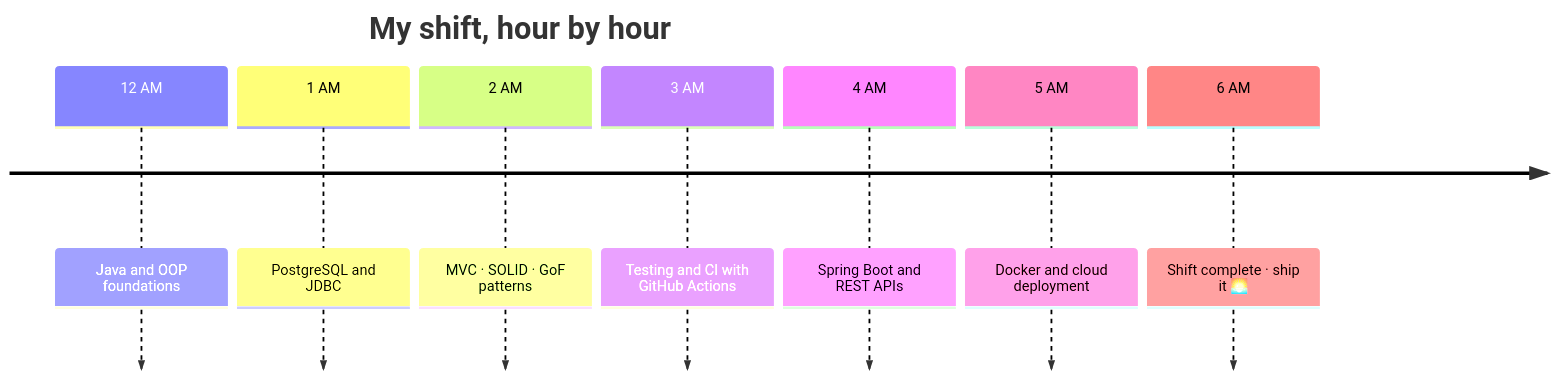
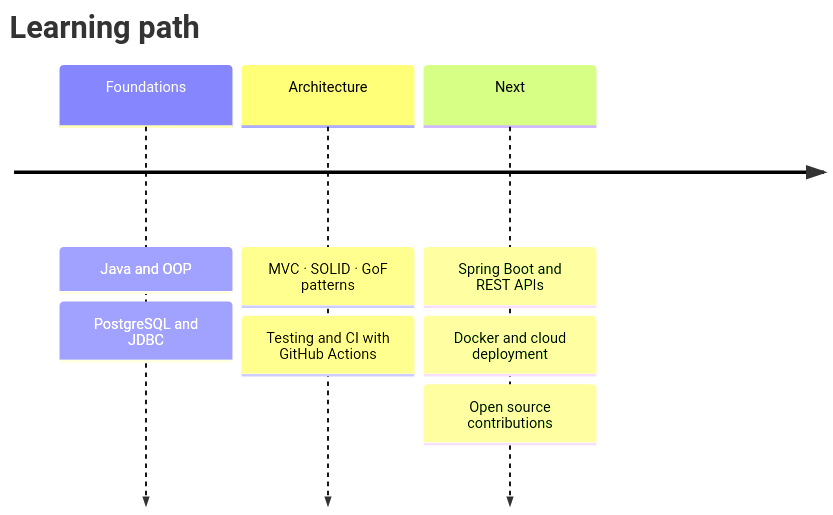
Before and after one commit to Mateosalazar543/Mateosalazar543: the second of 2 diagrams in README.md, drawn with Mermaid. The commit also changed other lines of this file, not shown here.

````diff
--- a/README.md
+++ b/README.md
@@ -208,11 +164,11 @@
 ```mermaid
 timeline
-    title My shift, hour by hour
-    12 AM : Java and OOP foundations
-    1 AM : PostgreSQL and JDBC
-    2 AM : MVC · SOLID · GoF patterns
-    3 AM : Testing and CI with GitHub Actions
-    4 AM : Spring Boot and REST APIs
-    5 AM : Docker and cloud deployment
-    6 AM : Shift complete · ship it 🌅
+    title Learning path
+    Foundations : Java and OOP
+                : PostgreSQL and JDBC
+    Architecture : MVC · SOLID · GoF patterns
+                 : Testing and CI with GitHub Actions
+    Next : Spring Boot and REST APIs
+         : Docker and cloud deployment
+         : Open source contributions
 ```
````
